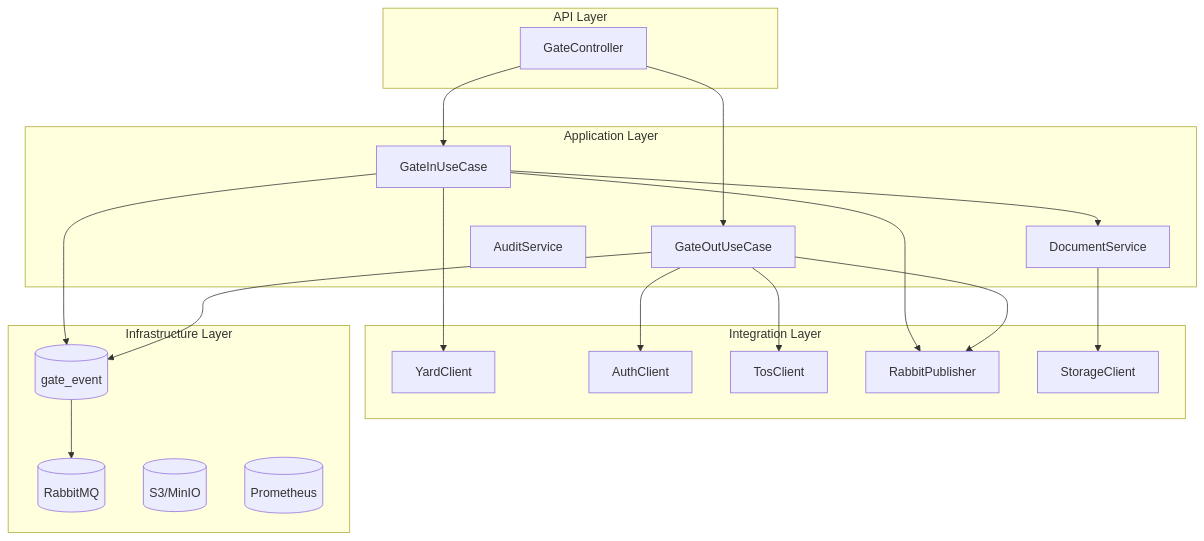
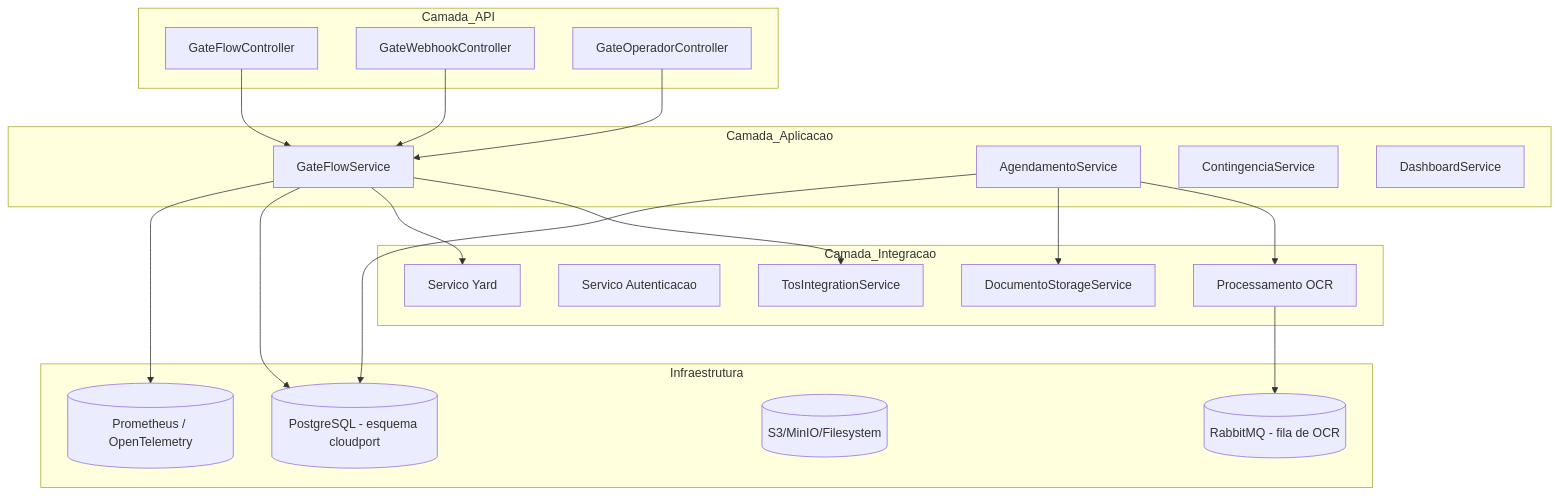
Before and after one commit to diogo2806/CloudPort: the diagram in docs/servico-gate-architecture.md, drawn with Mermaid. The commit also changed other lines of this file and 11 other files, not shown here.

````diff
--- a/docs/servico-gate-architecture.md
+++ b/docs/servico-gate-architecture.md
@@ -7,41 +7,42 @@
 ```mermaid
 flowchart TD
-    subgraph API Layer
-        Controller[GateController]
+    subgraph Camada_API
+        GateFlowController[GateFlowController]
+        GateWebhookController[GateWebhookController]
+        GateOperadorController[GateOperadorController]
     end
 
-    subgraph Application Layer
-        GateInUseCase
-        GateOutUseCase
-        DocumentService
-        AuditService
+    subgraph Camada_Aplicacao
+        GateFlowService[GateFlowService]
+        AgendamentoService[AgendamentoService]
+        ContingenciaService[ContingenciaService]
+        DashboardService[DashboardService]
     end
 
-    subgraph Integration Layer
-        YardClient
-        AuthClient
-        TosClient
-        RabbitPublisher
-        StorageClient
+    subgraph Camada_Integracao
+        YardClient[Servico Yard]
+        AutenticacaoClient[Servico Autenticacao]
+        TosIntegration[TosIntegrationService]
+        OcrDispatcher[Processamento OCR]
+        StorageClient[DocumentoStorageService]
     end
 
-    subgraph Infrastructure Layer
-        GateRepository[(gate_event)]
-        QueueConfig[(RabbitMQ)]
-        StorageBucket[(S3/MinIO)]
-        MetricsExporter[(Prometheus)]
+    subgraph Infraestrutura
+        BancoGate[(PostgreSQL - esquema cloudport)]
+        FilaOcr[(RabbitMQ - fila de OCR)]
+        ArmazenamentoDocumentos[(S3/MinIO/Filesystem)]
+        Observabilidade[(Prometheus / OpenTelemetry)]
     end
 
-    Controller --> GateInUseCase
-    Controller --> GateOutUseCase
-    GateInUseCase --> DocumentService
-    GateInUseCase --> YardClient
-    GateOutUseCase --> AuthClient
-    GateOutUseCase --> TosClient
-    GateInUseCase --> RabbitPublisher
-    GateOutUseCase --> RabbitPublisher
-    DocumentService --> StorageClient
-    GateInUseCase --> GateRepository
-    GateOutUseCase --> GateRepository
-    GateRepository --> QueueConfig
+    GateFlowController --> GateFlowService
+    GateWebhookController --> GateFlowService
+    GateOperadorController --> GateFlowService
+    GateFlowService --> TosIntegration
+    GateFlowService --> YardClient
+    GateFlowService --> BancoGate
+    GateFlowService --> Observabilidade
+    AgendamentoService --> OcrDispatcher
+    AgendamentoService --> StorageClient
+    AgendamentoService --> BancoGate
+    OcrDispatcher --> FilaOcr
 ```
````
